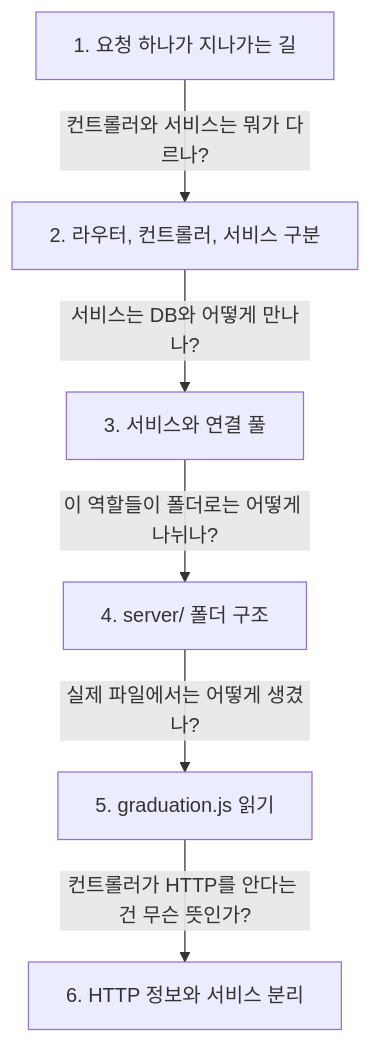
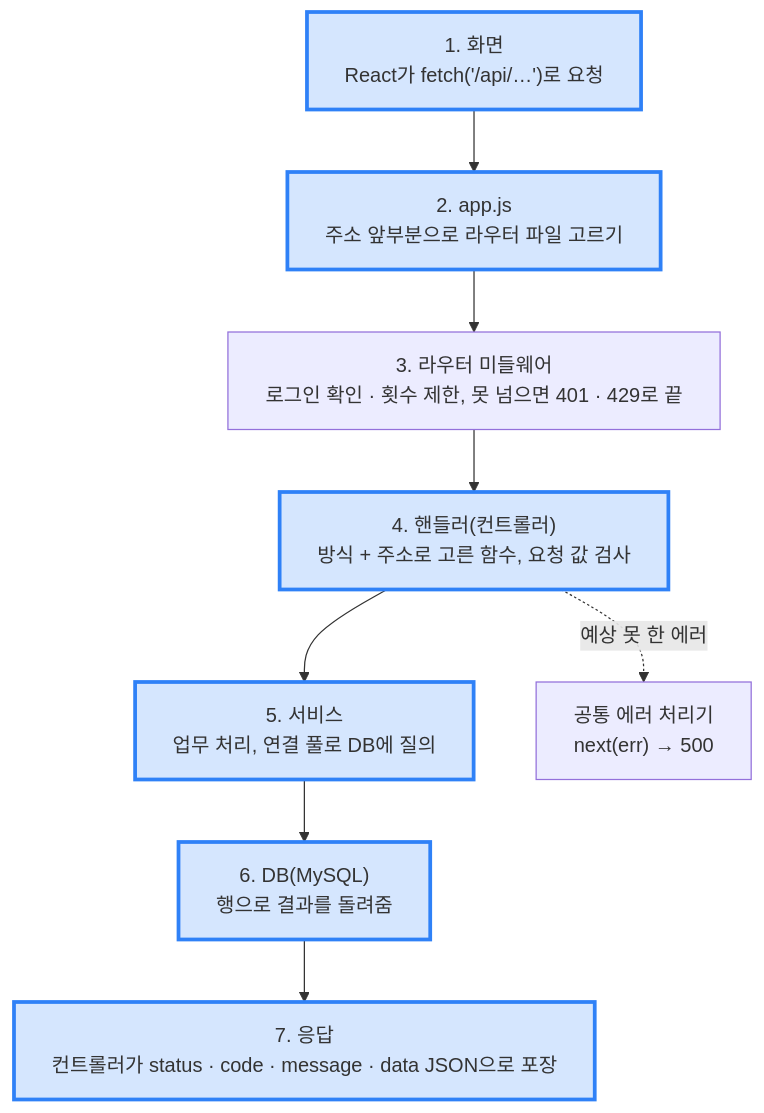
Before and after one commit to ChildrenAon/TIL: the first of 4 diagrams in 2026/November/11-03.md, drawn with Mermaid. The commit also changed other lines of this file, not shown here.

Commit message:
[ONE Student] 요청 흐름 [JavaScript] 모듈 · async [정보보안] 전자서명 · PKI
고침: 학습 순서 흐름을 기능 전체 흐름 도식으로 바꿈

````diff
--- a/2026/November/11-03.md
+++ b/2026/November/11-03.md
@@ -27,9 +27,13 @@
 ```mermaid
 %%{init: {"flowchart": {"wrappingWidth": 600}, "themeCSS": ".edgeLabel div { display: table-cell !important; width: auto !important; max-width: none !important; white-space: nowrap !important; } .edgeLabel p { padding: 5px 12px !important; margin: 0 !important; background: #55555599; } .edgeLabel, .edgeLabel span, .edgeLabel .labelBkg { background: transparent !important; }"}}%%
 flowchart TD
-  A["1. 요청 하나가 지나가는 길"] -->|"컨트롤러와 서비스는 뭐가 다르나?"| B["2. 라우터, 컨트롤러, 서비스 구분"]
-  B -->|"서비스는 DB와 어떻게 만나나?"| C["3. 서비스와 연결 풀"]
-  C -->|"이 역할들이 폴더로는 어떻게 나뉘나?"| D["4. server/ 폴더 구조"]
-  D -->|"실제 파일에서는 어떻게 생겼나?"| E["5. graduation.js 읽기"]
-  E -->|"컨트롤러가 HTTP를 안다는 건 무슨 뜻인가?"| F["6. HTTP 정보와 서비스 분리"]
+  A["1. 화면<br/>React가 fetch('/api/…')로 요청"] --> B["2. app.js<br/>주소 앞부분으로 라우터 파일 고르기"]
+  B --> C["3. 라우터 미들웨어<br/>로그인 확인 · 횟수 제한, 못 넘으면 401 · 429로 끝"]
+  C --> D["4. 핸들러(컨트롤러)<br/>방식 + 주소로 고른 함수, 요청 값 검사"]
+  D --> E["5. 서비스<br/>업무 처리, 연결 풀로 DB에 질의"]
+  E --> F["6. DB(MySQL)<br/>행으로 결과를 돌려줌"]
+  F --> G["7. 응답<br/>컨트롤러가 status · code · message · data JSON으로 포장"]
+  D -.->|"예상 못 한 에러"| H["공통 에러 처리기<br/>next(err) → 500"]
+  classDef seen fill:#2f81f733,stroke:#2f81f7,stroke-width:3px
+  class A,B,D,E,F,G seen
 ```
````
